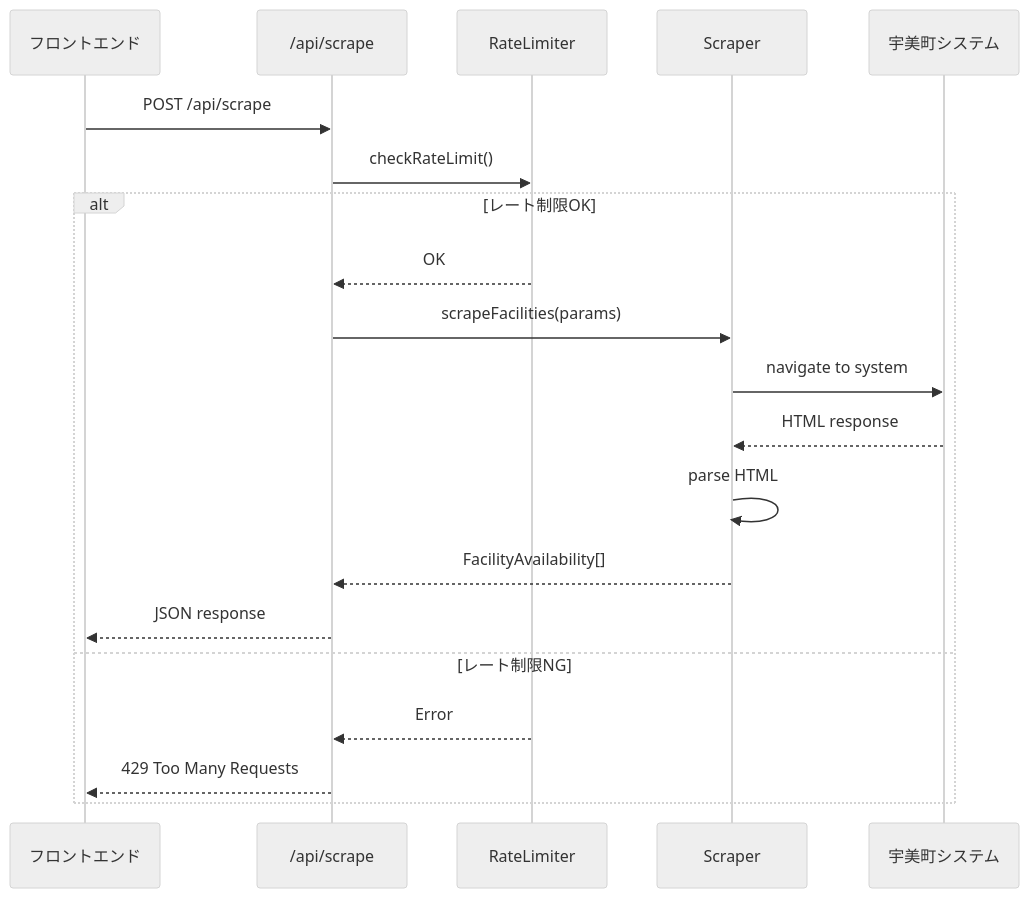
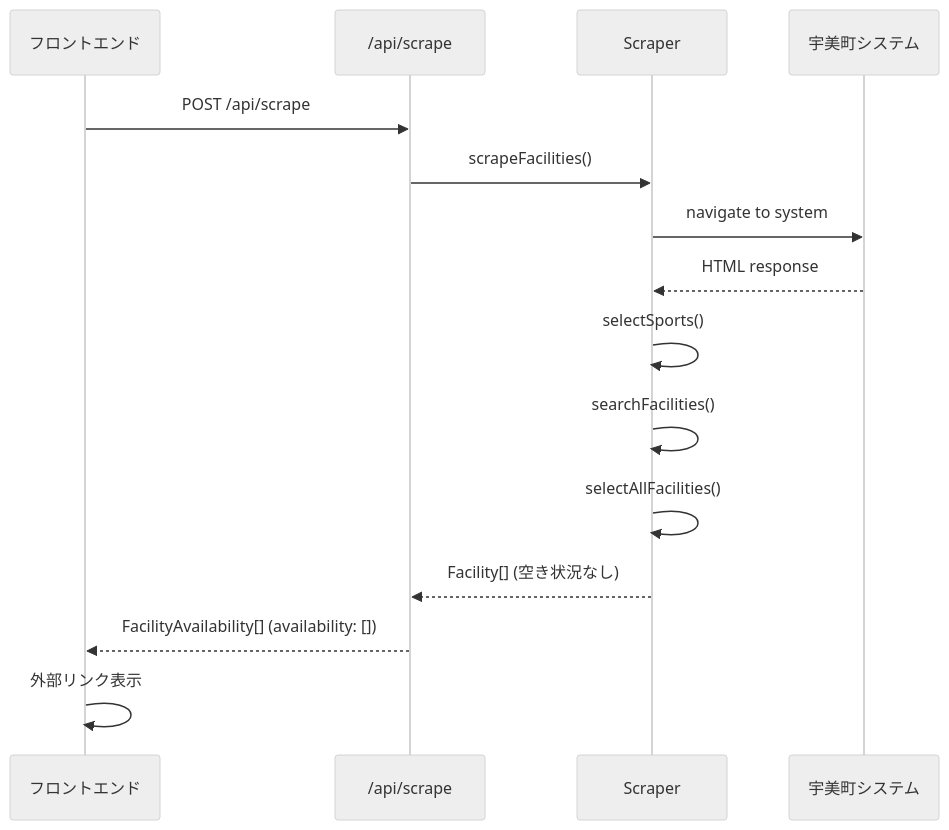
The second of 2 diagrams in .spec-workflow/specs/umi-facility-search/design.md (MizukiMatsutani/umi-facility-reservation), drawn with Mermaid (neutral theme) before and after one commit. The commit also changed other lines of this file and 32 other files, not shown here.

````diff
--- a/.spec-workflow/specs/umi-facility-search/design.md
+++ b/.spec-workflow/specs/umi-facility-search/design.md
@@ -449,23 +489,18 @@
 ```mermaid
 sequenceDiagram
     participant UI as フロントエンド
     participant API as /api/scrape
-    participant RL as RateLimiter
     participant SC as Scraper
     participant EXT as 宇美町システム
 
     UI->>API: POST /api/scrape
-    API->>RL: checkRateLimit()
-    alt レート制限OK
-        RL-->>API: OK
-        API->>SC: scrapeFacilities(params)
-        SC->>EXT: navigate to system
-        EXT-->>SC: HTML response
-        SC->>SC: parse HTML
-        SC-->>API: FacilityAvailability[]
-        API-->>UI: JSON response
-    else レート制限NG
-        RL-->>API: Error
-        API-->>UI: 429 Too Many Requests
-    end
+    API->>SC: scrapeFacilities()
+    SC->>EXT: navigate to system
+    EXT-->>SC: HTML response
+    SC->>SC: selectSports()
+    SC->>SC: searchFacilities()
+    SC->>SC: selectAllFacilities()
+    SC-->>API: Facility[] (空き状況なし)
+    API-->>UI: FacilityAvailability[] (availability: [])
+    UI->>UI: 外部リンク表示
 ```
````
